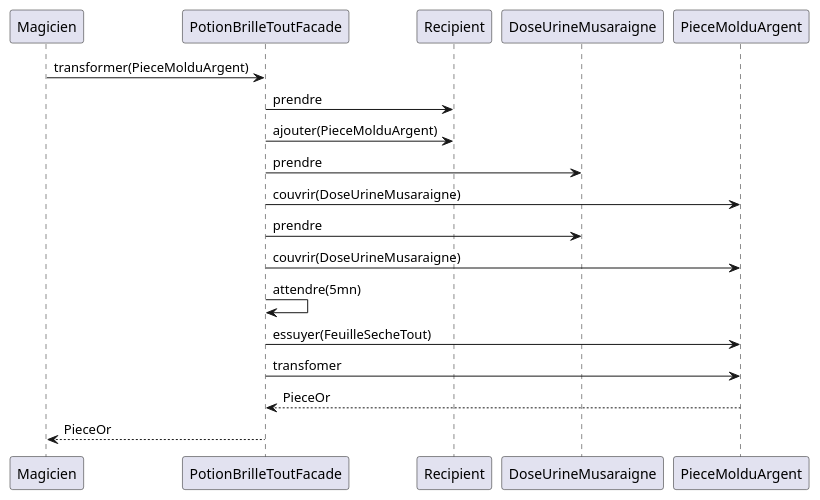
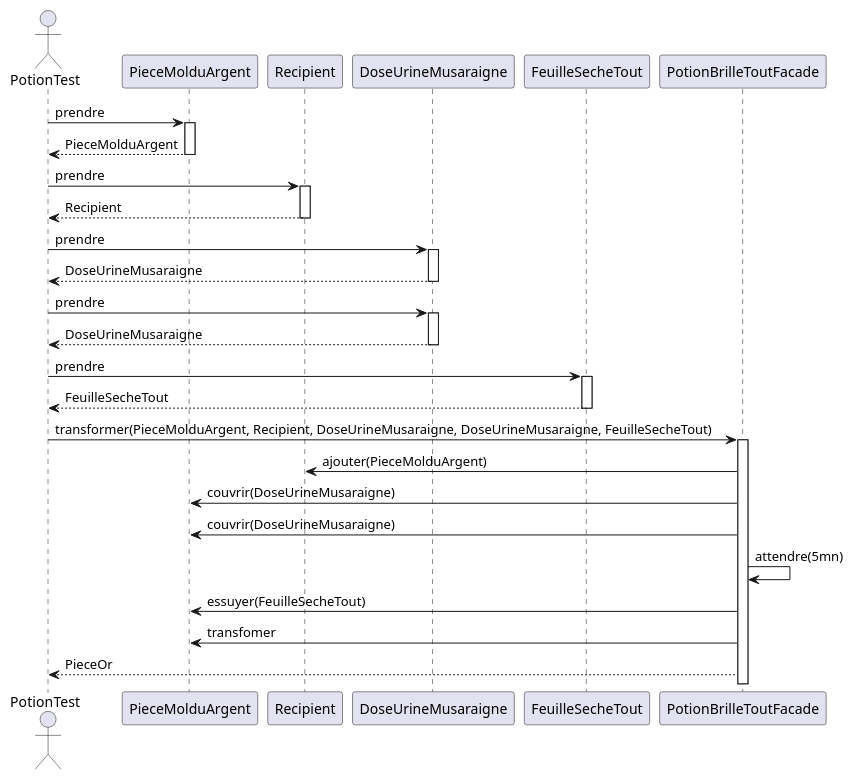
Before and after one commit to jandry/design-pattern: the diagram in src/uml/facadeSequence.puml, drawn with PlantUML. The commit also changed 1 other file, not shown here.

```diff
--- a/src/uml/facadeSequence.puml
+++ b/src/uml/facadeSequence.puml
@@ -1,14 +1,35 @@
 @startuml FacadeSequence
-Magicien -> PotionBrilleToutFacade: transformer(PieceMolduArgent)
-PotionBrilleToutFacade -> Recipient : prendre
+actor PotionTest
+
+PotionTest -> PieceMolduArgent : prendre
+activate PieceMolduArgent
+PotionTest <-- PieceMolduArgent: PieceMolduArgent
+deactivate PieceMolduArgent
+PotionTest -> Recipient : prendre
+activate Recipient
+PotionTest <-- Recipient : Recipient
+deactivate Recipient
+PotionTest -> DoseUrineMusaraigne: prendre
+activate DoseUrineMusaraigne
+PotionTest <-- DoseUrineMusaraigne: DoseUrineMusaraigne
+deactivate DoseUrineMusaraigne
+PotionTest -> DoseUrineMusaraigne: prendre
+activate DoseUrineMusaraigne
+PotionTest <-- DoseUrineMusaraigne: DoseUrineMusaraigne
+deactivate DoseUrineMusaraigne
+PotionTest -> FeuilleSecheTout: prendre
+activate FeuilleSecheTout
+PotionTest <-- FeuilleSecheTout: FeuilleSecheTout
+deactivate FeuilleSecheTout
+
+PotionTest -> PotionBrilleToutFacade: transformer(PieceMolduArgent, Recipient, DoseUrineMusaraigne, DoseUrineMusaraigne, FeuilleSecheTout)
+activate PotionBrilleToutFacade
 PotionBrilleToutFacade -> Recipient: ajouter(PieceMolduArgent)
-PotionBrilleToutFacade -> DoseUrineMusaraigne: prendre
 PotionBrilleToutFacade -> PieceMolduArgent: couvrir(DoseUrineMusaraigne)
-PotionBrilleToutFacade -> DoseUrineMusaraigne: prendre
 PotionBrilleToutFacade -> PieceMolduArgent: couvrir(DoseUrineMusaraigne)
 PotionBrilleToutFacade -> PotionBrilleToutFacade: attendre(5mn)
 PotionBrilleToutFacade -> PieceMolduArgent: essuyer(FeuilleSecheTout)
 PotionBrilleToutFacade -> PieceMolduArgent: transfomer
-PieceMolduArgent --> PotionBrilleToutFacade: PieceOr
-PotionBrilleToutFacade --> Magicien: PieceOr
+
+PotionBrilleToutFacade --> PotionTest: PieceOr
 @enduml
```
